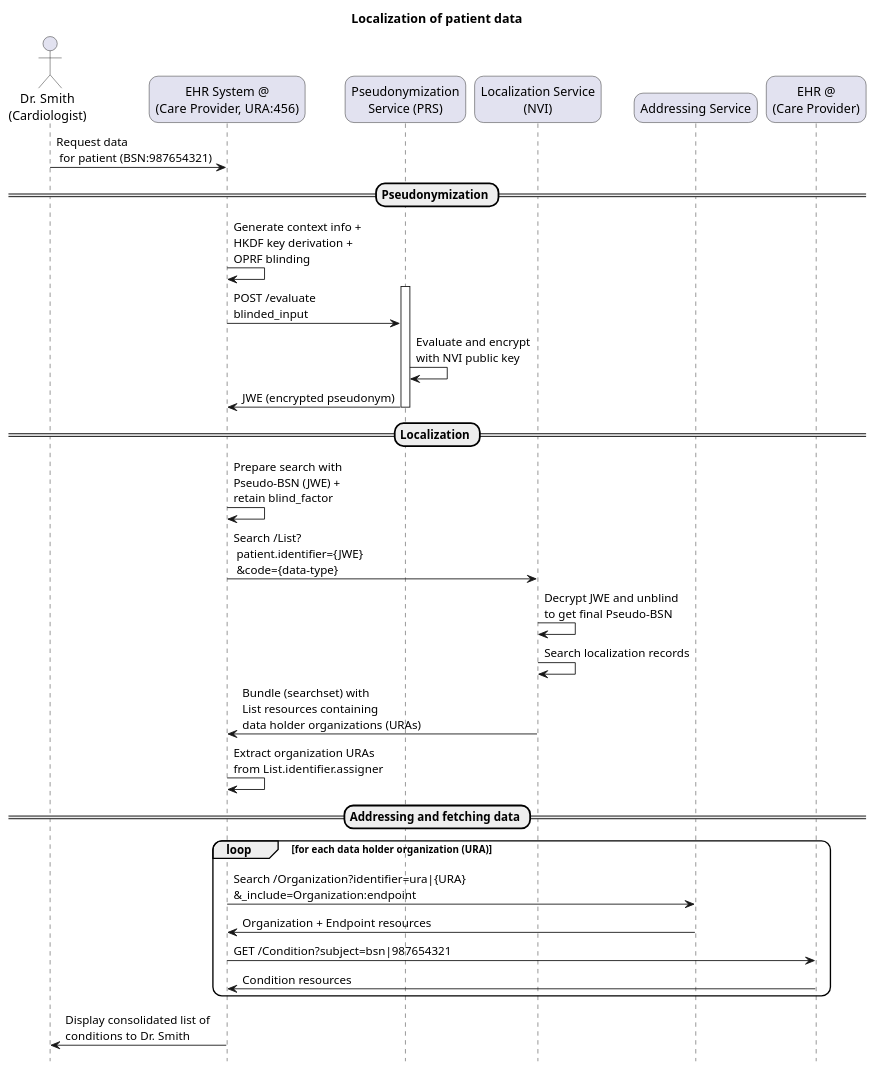
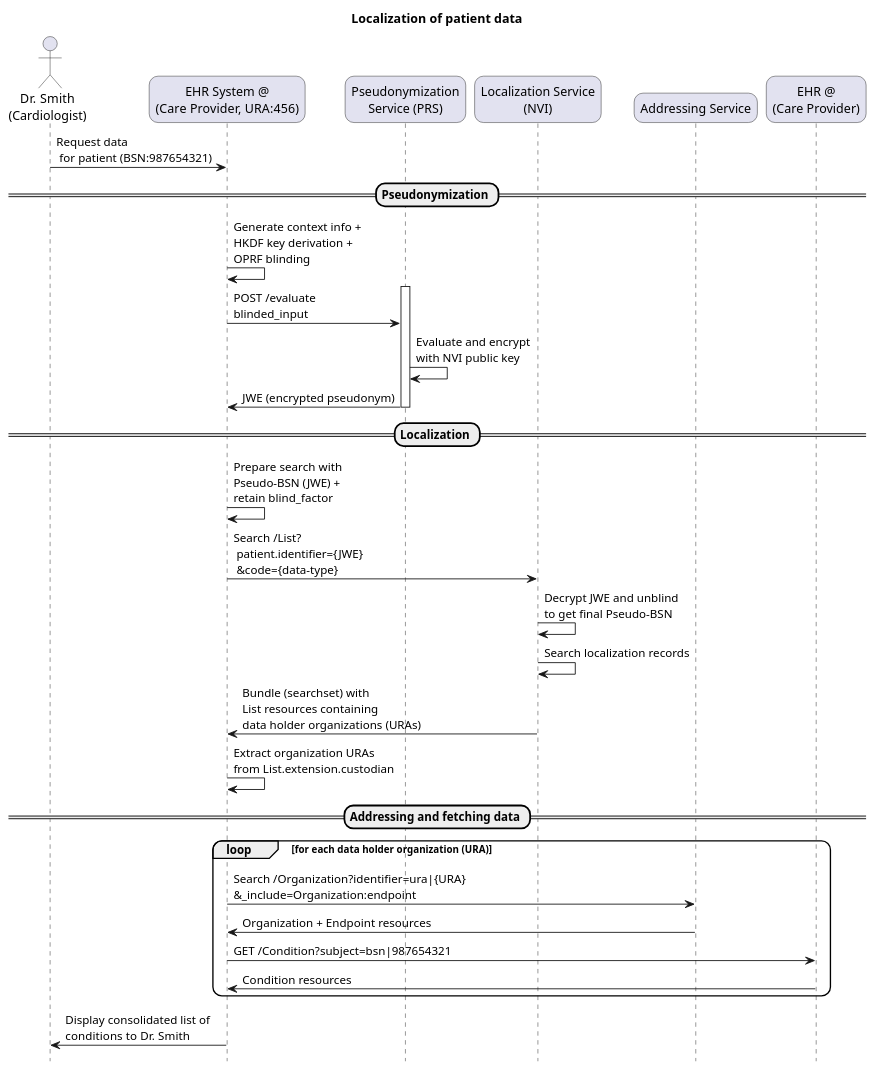
The diagram in input/images-source/localization-cardiologist-search.plantuml (minvws/generiekefuncties-docs), drawn with PlantUML before and after one commit. The commit also changed 5 other files, not shown here.

Commit message:
add custodian extension, remove author-assigend-identifier

```diff
--- a/input/images-source/localization-cardiologist-search.plantuml
+++ b/input/images-source/localization-cardiologist-search.plantuml
@@ -1,59 +1,59 @@
 @startuml localization-cardiologist-search
 
 title Localization of patient data
 
 skinparam roundcorner 20
 skinparam defaultFontName Arial 
 hide footbox
 
 !pragma teoz true
 
 actor "Dr. Smith\n(Cardiologist)" as doctor
 participant "EHR System @\n(Care Provider, URA:456)" as ehr
 participant "Pseudonymization\nService (PRS)" as prs
 participant "Localization Service\n(NVI)" as nvi
 participant "Addressing Service" as addressing
 participant "EHR @\n(Care Provider)" as ehr_reg
 
 doctor -> ehr: Request data\n for patient (BSN:987654321)
 
 == Pseudonymization ==
 
 ehr -> ehr: Generate context info +\nHKDF key derivation +\nOPRF blinding
 
 activate prs
 ehr -> prs: POST /evaluate\nblinded_input
 
 prs -> prs: Evaluate and encrypt\nwith NVI public key
 
 prs -> ehr: JWE (encrypted pseudonym)
 deactivate prs
 
 == Localization ==
 
 ehr -> ehr: Prepare search with\nPseudo-BSN (JWE) +\nretain blind_factor
 
 ehr -> nvi: Search /List?\n patient.identifier={JWE}\n &code={data-type}
 
 nvi -> nvi: Decrypt JWE and unblind\nto get final Pseudo-BSN
 
 nvi -> nvi: Search localization records
 
 nvi -> ehr: Bundle (searchset) with\nList resources containing\ndata holder organizations (URAs)
 
-ehr -> ehr: Extract organization URAs\nfrom List.identifier.assigner
+ehr -> ehr: Extract organization URAs\nfrom List.extension.custodian
 
 == Addressing and fetching data ==
 
 loop for each data holder organization (URA)
   ehr -> addressing: Search /Organization?identifier=ura|{URA}\n&_include=Organization:endpoint
 
   addressing -> ehr: Organization + Endpoint resources
 
   ehr -> ehr_reg: GET /Condition?subject=bsn|987654321
   ehr_reg -> ehr: Condition resources
 end
 
 ehr -> doctor: Display consolidated list of \nconditions to Dr. Smith
 
 @enduml
```
